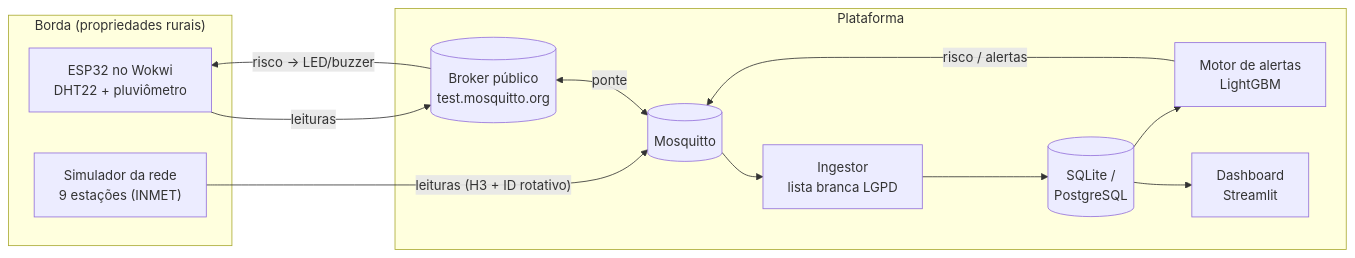
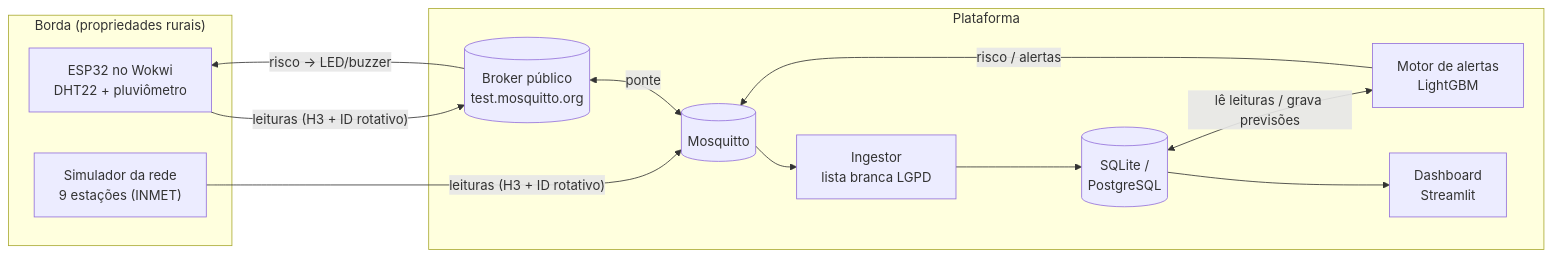
Before and after one commit to dzpoa/unisinos-agroalerta: the diagram in README.md, drawn with Mermaid. The commit also changed 1 other file, not shown here.

Commit message:
Usa ID MQTT aleatório no ESP32 e corrige diagrama do README
- firmware/wokwi/sketch.ino: o ID de conexão MQTT deixa de usar o MAC
  do chip (fixo) e passa a usar esp_random() a cada conexão, para que o
  broker público não consiga ligar as conexões ao mesmo dispositivo.
- README.md: o diagrama passa a indicar que o ESP32 também envia H3 +
  ID rotativo e que o motor de alertas lê e grava no banco.

````diff
--- a/README.md
+++ b/README.md
@@ -16,21 +16,22 @@
 ```mermaid
 flowchart LR
     subgraph Borda["Borda (propriedades rurais)"]
         SIM["Simulador da rede<br/>9 estações (INMET)"]
         ESP["ESP32 no Wokwi<br/>DHT22 + pluviômetro"]
     end
     subgraph Nuvem["Plataforma"]
         HIVE[("Broker público<br/>test.mosquitto.org")]
         MQ[("Mosquitto")]
         ING["Ingestor<br/>lista branca LGPD"]
         DB[("SQLite /<br/>PostgreSQL")]
         MOT["Motor de alertas<br/>LightGBM"]
         DASH["Dashboard<br/>Streamlit"]
     end
     SIM -- "leituras (H3 + ID rotativo)" --> MQ
-    ESP -- leituras --> HIVE <-- ponte --> MQ
-    MQ --> ING --> DB --> MOT
+    ESP -- "leituras (H3 + ID rotativo)" --> HIVE <-- ponte --> MQ
+    MQ --> ING --> DB
+    DB <-- "lê leituras / grava previsões" --> MOT
     MOT -- "risco / alertas" --> MQ
     HIVE -- "risco → LED/buzzer" --> ESP
     DB --> DASH
 ```
````
